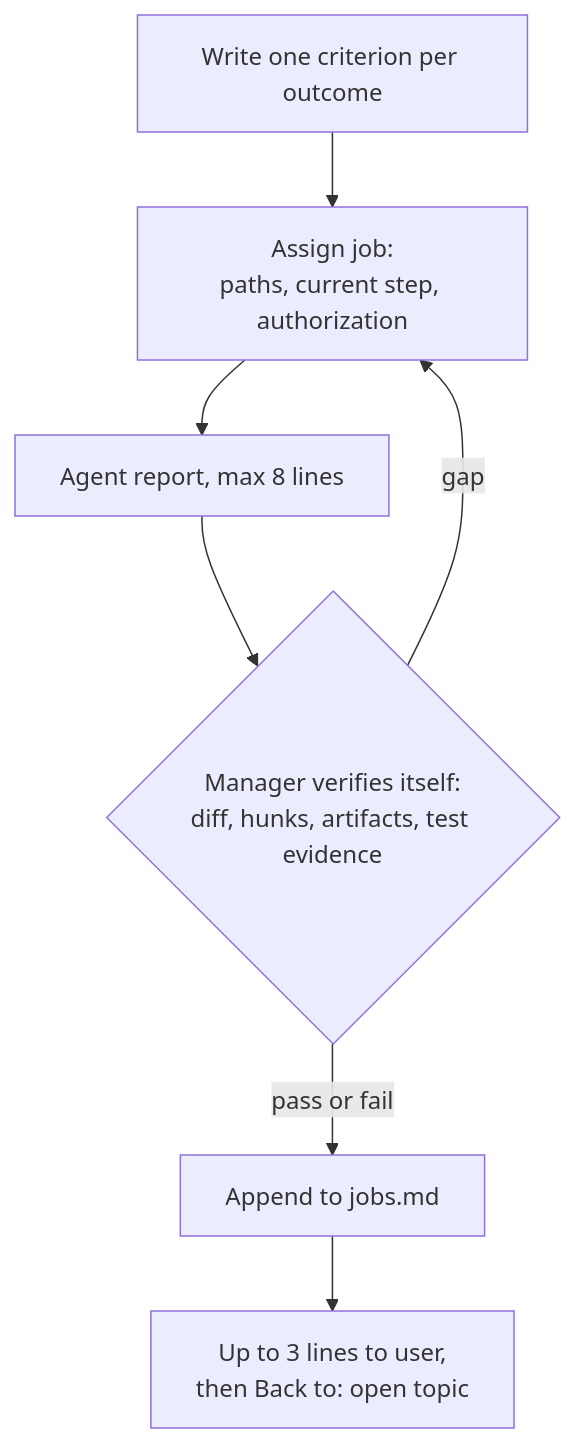
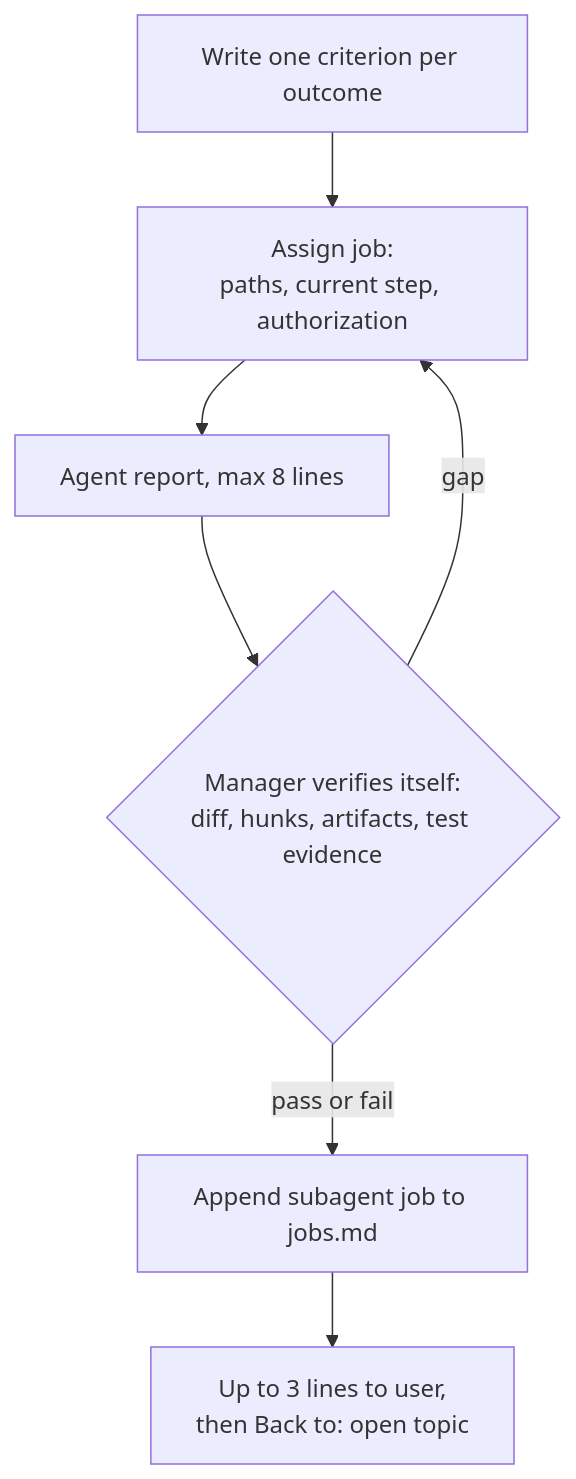
The third of 3 diagrams in docs/architecture/ARCHITECTURE.md (le0u0/just-do-it), drawn with Mermaid before and after one commit. The commit also changed other lines of this file and 11 other files, not shown here.

````diff
--- a/docs/architecture/ARCHITECTURE.md
+++ b/docs/architecture/ARCHITECTURE.md
@@ -41,9 +39,9 @@
 ```mermaid
 flowchart TD
     A[Write one criterion per outcome] --> B[Assign job:<br/>paths, current step, authorization]
     B --> C[Agent report, max 8 lines]
     C --> D{Manager verifies itself:<br/>diff, hunks, artifacts, test evidence}
     D -->|gap| B
-    D -->|pass or fail| F[Append to jobs.md]
+    D -->|pass or fail| F[Append subagent job to jobs.md]
     F --> G[Up to 3 lines to user,<br/>then Back to: open topic]
 ```
````
